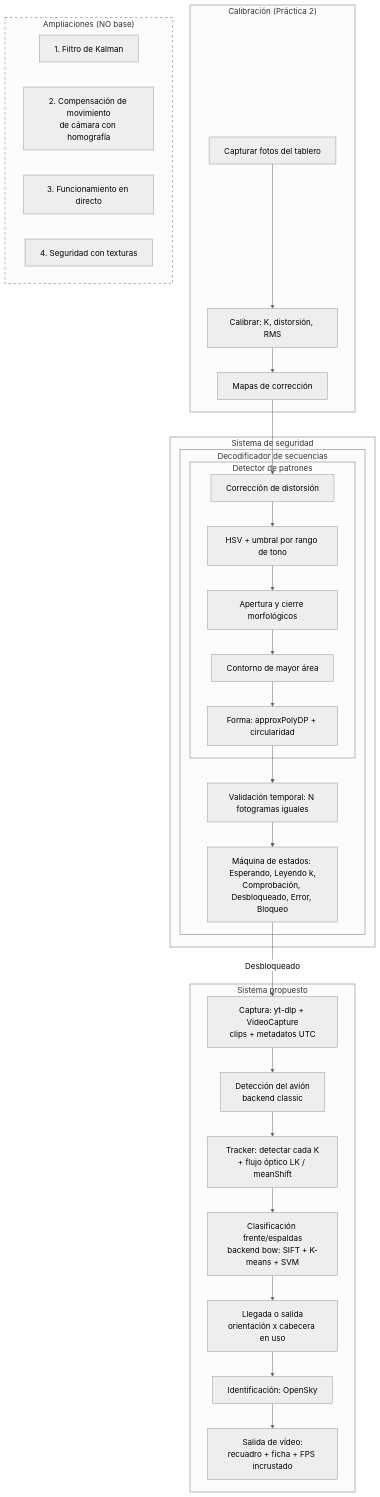
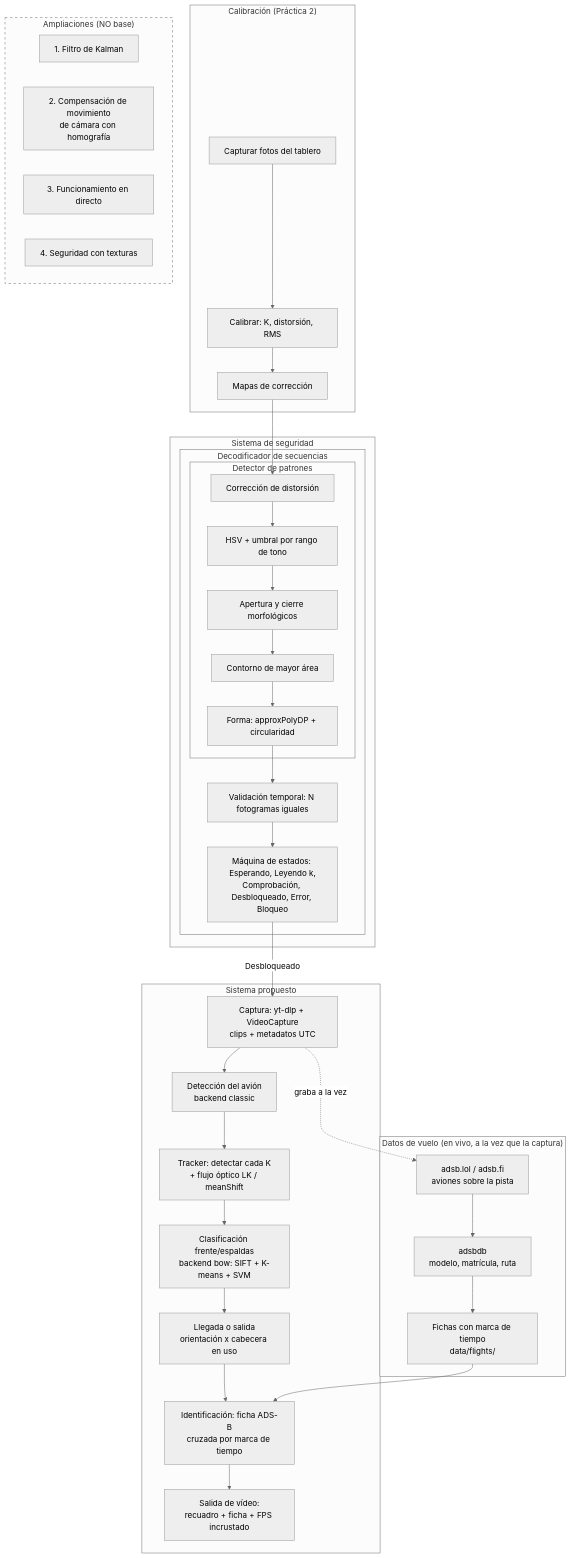
One commit to jaimetuesta/lanzarote-tracker changed the diagram in README.md. Above: the diagram before and after it, drawn with Mermaid (neutral theme). The commit also changed other lines of this file and 16 other files, not shown here.

````diff
--- a/README.md
+++ b/README.md
@@ -38,41 +39,48 @@
 ```mermaid
 flowchart TD
     subgraph CAL["Calibración (Práctica 2)"]
         C1[Capturar fotos del tablero] --> C2[Calibrar: K, distorsión, RMS]
         C2 --> C3[Mapas de corrección]
     end
 
     subgraph SEC["Sistema de seguridad"]
         subgraph DEC["Decodificador de secuencias"]
             subgraph DET_PAT["Detector de patrones"]
                 S1[Corrección de distorsión] --> S2[HSV + umbral por rango de tono]
                 S2 --> S3[Apertura y cierre morfológicos]
                 S3 --> S4[Contorno de mayor área]
                 S4 --> S5[Forma: approxPolyDP + circularidad]
             end
             S5 --> S6[Validación temporal: N fotogramas iguales]
             S6 --> S7[Máquina de estados: Esperando, Leyendo k,<br/>Comprobación, Desbloqueado, Error, Bloqueo]
         end
     end
 
+    subgraph ADSB["Datos de vuelo (en vivo, a la vez que la captura)"]
+        A1[adsb.lol / adsb.fi<br/>aviones sobre la pista] --> A2[adsbdb<br/>modelo, matrícula, ruta]
+        A2 --> A3[Fichas con marca de tiempo<br/>data/flights/]
+    end
+
     subgraph PROP["Sistema propuesto"]
         P1[Captura: yt-dlp + VideoCapture<br/>clips + metadatos UTC] --> P2[Detección del avión<br/>backend classic]
         P2 --> P3[Tracker: detectar cada K<br/>+ flujo óptico LK / meanShift]
         P3 --> P4[Clasificación frente/espaldas<br/>backend bow: SIFT + K-means + SVM]
         P4 --> P5[Llegada o salida<br/>orientación x cabecera en uso]
-        P5 --> P6[Identificación: OpenSky]
+        P5 --> P6[Identificación: ficha ADS-B<br/>cruzada por marca de tiempo]
         P6 --> P7[Salida de vídeo:<br/>recuadro + ficha + FPS incrustado]
     end
 
     C3 --> S1
     S7 -->|Desbloqueado| P1
+    A3 --> P6
+    P1 -.graba a la vez.-> A1
 
     subgraph EXT["Ampliaciones (NO base)"]
         E1[1. Filtro de Kalman]
         E2[2. Compensación de movimiento<br/>de cámara con homografía]
         E3[3. Funcionamiento en directo]
         E4[4. Seguridad con texturas]
     end
 
     style EXT stroke-dasharray: 5 5
 ```
````
